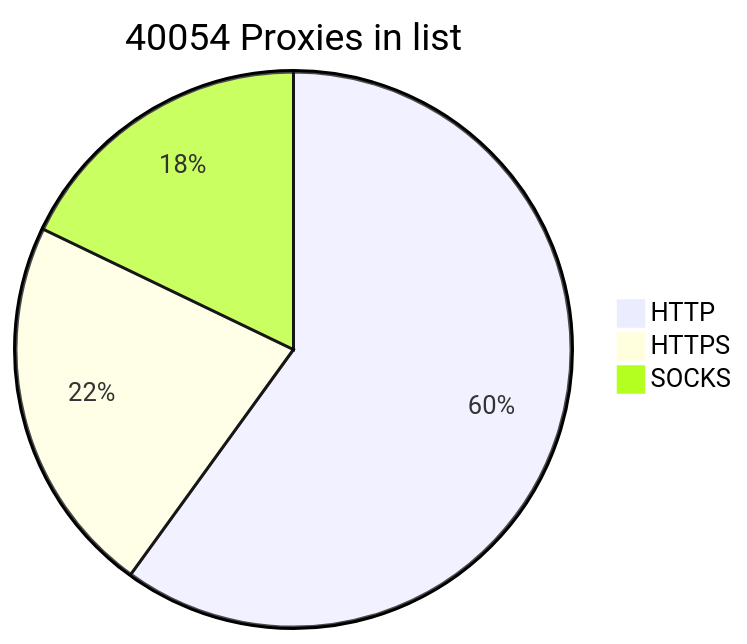
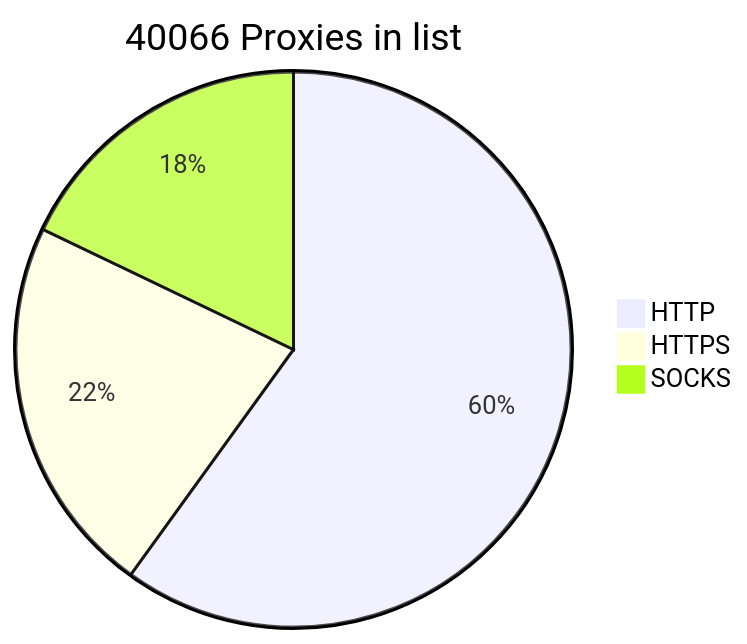
The diagram in README.md (BlackSnowDot/proxylist-update-every-minute), drawn with Mermaid before and after one commit.

````diff
--- a/README.md
+++ b/README.md
@@ -2,6 +2,6 @@
 ```mermaid
-pie title 40054 Proxies in list
-    "HTTP" : 28193
+pie title 40066 Proxies in list
+    "HTTP" : 28194
     "HTTPS": 10418
-    "SOCKS" : 8399
+    "SOCKS" : 8410
 ```
````
